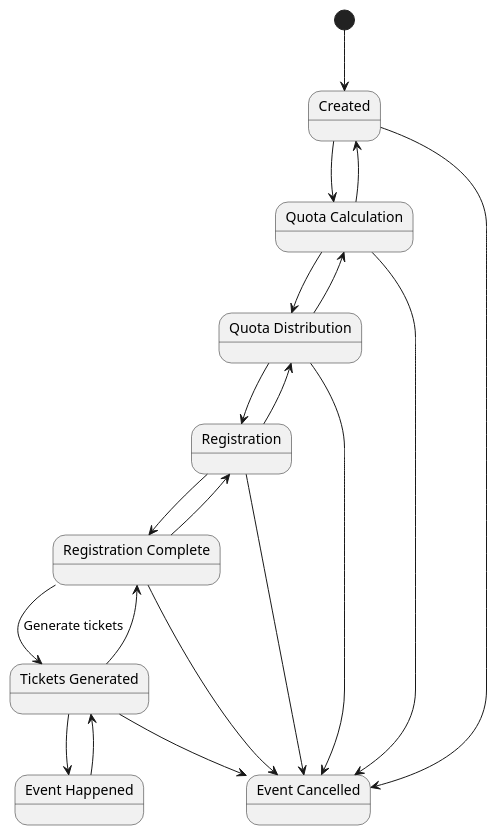
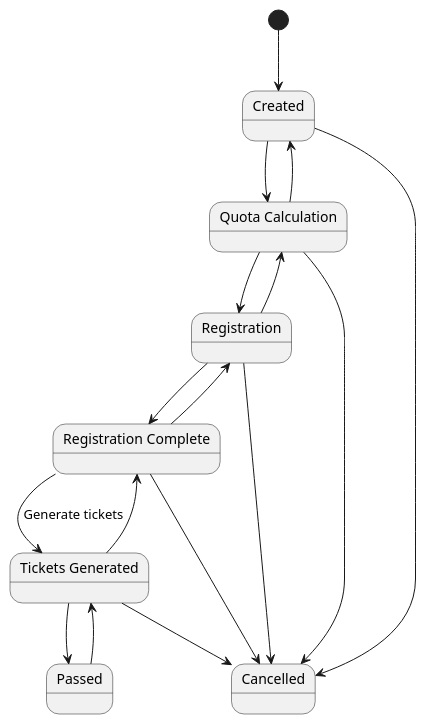
The diagram in docs/event_states.puml (VMatyagin/so_rest), drawn with PlantUML before and after one commit. The commit also changed 2 other files, not shown here.

Commit message:
Remove event status + remove quotas_finalized event state

```diff
--- a/docs/event_states.puml
+++ b/docs/event_states.puml
@@ -1,34 +1,30 @@
 @startuml
 
 state "Created" as created
 state "Quota Calculation" as quota_calc
-state "Quota Distribution" as quota_distrib
 state "Registration" as registration
 state "Registration Complete" as registration_complete
 state "Tickets Generated" as tickets_generated
-state "Event Happened" as happened
-state "Event Cancelled" as cancelled
+state "Passed" as passed
+state "Cancelled" as cancelled
 
 [*] --> created
 created --> quota_calc
 quota_calc --> created
-quota_calc --> quota_distrib
-quota_distrib --> quota_calc
-quota_distrib --> registration
-registration --> quota_distrib
+quota_calc --> registration
+registration --> quota_calc
 registration --> registration_complete
 registration_complete --> registration
 registration_complete --> tickets_generated : Generate tickets
 tickets_generated --> registration_complete
-tickets_generated --> happened
-happened --> tickets_generated
+tickets_generated --> passed
+passed --> tickets_generated
 
 created --> cancelled
 quota_calc --> cancelled
-quota_distrib --> cancelled
 registration --> cancelled
 registration_complete --> cancelled
 tickets_generated --> cancelled
 
 
 @enduml
```
